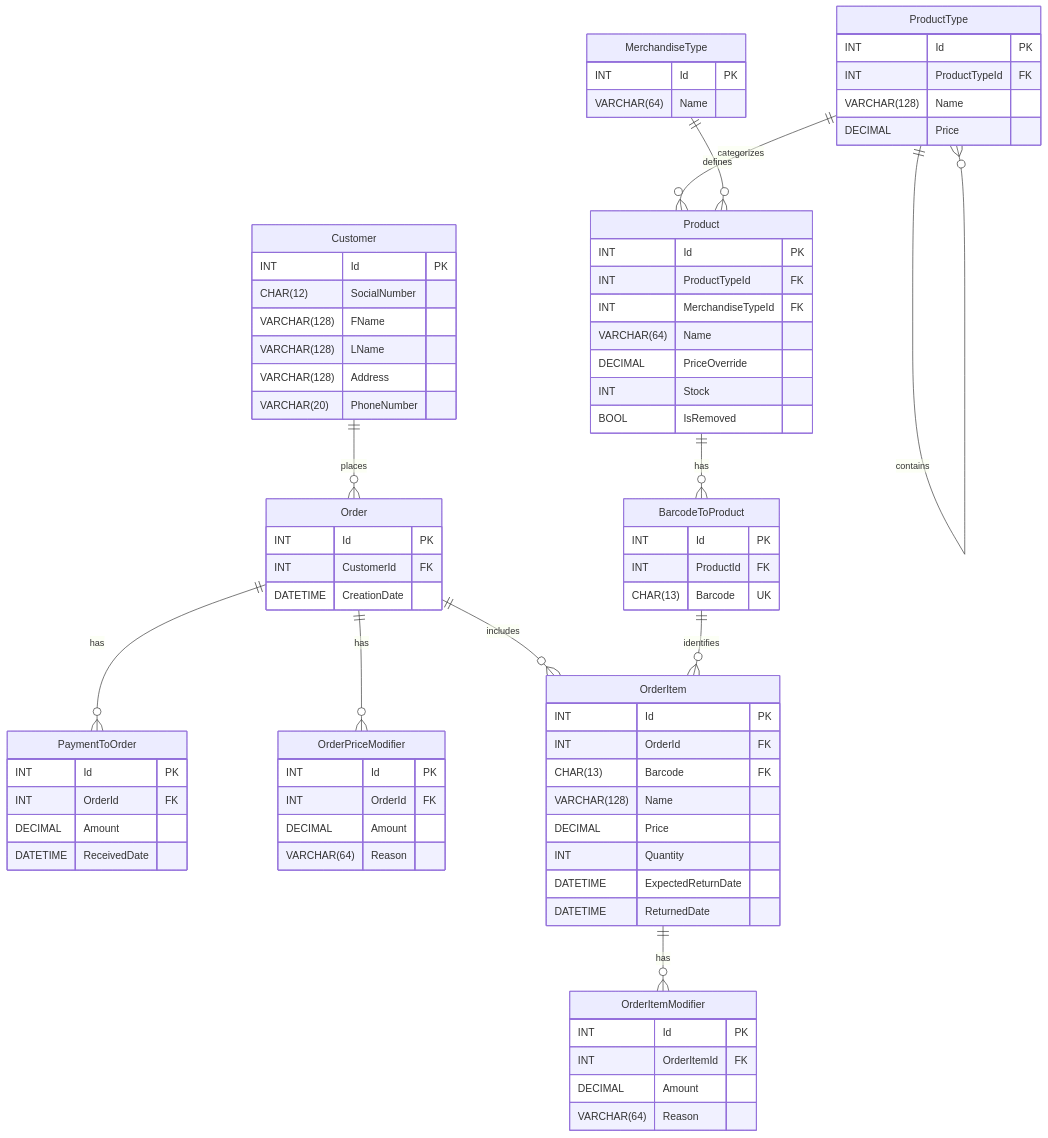
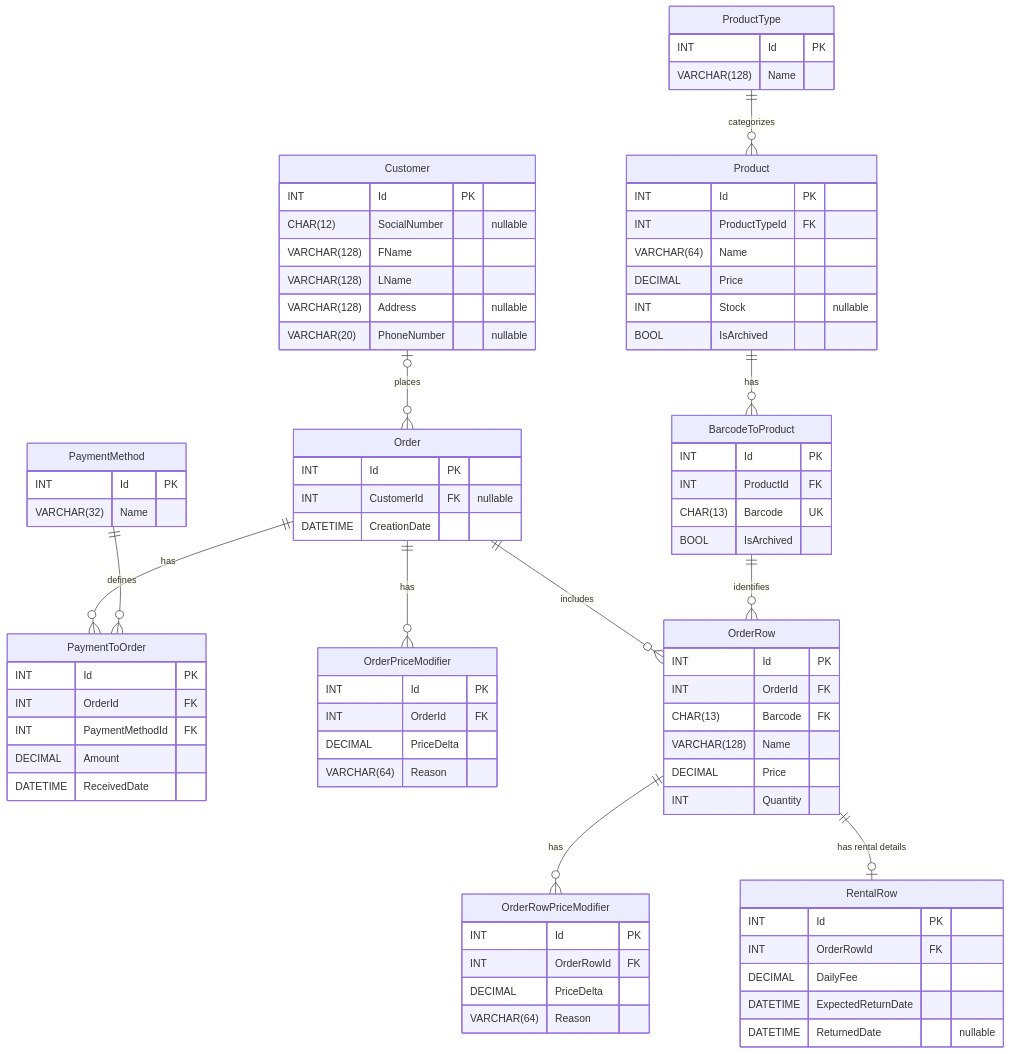
The first of 3 diagrams in README.md (Markus-Lundgren/Utemorgon), drawn with Mermaid before and after one commit. The commit also changed other lines of this file, not shown here.

````diff
--- a/README.md
+++ b/README.md
@@ -39,88 +78,93 @@
 ```mermaid
 erDiagram
-    Customer ||--o{ Order : places
-    ProductType ||--o{ ProductType : contains
+    Customer o|--o{ Order : places
     ProductType ||--o{ Product : categorizes
-	MerchandiseType ||--o{ Product : defines
     Product ||--o{ BarcodeToProduct : has
     Order ||--o{ PaymentToOrder : has
     Order ||--o{ OrderPriceModifier : has
-    Order ||--o{ OrderItem : includes
-    BarcodeToProduct ||--o{ OrderItem : identifies
-    OrderItem ||--o{ OrderItemModifier : has
+    Order ||--o{ OrderRow : includes
+    BarcodeToProduct ||--o{ OrderRow : identifies
+    OrderRow ||--o{ OrderRowPriceModifier : has
+    OrderRow ||--o| RentalRow : "has rental details"
+    PaymentMethod ||--o{ PaymentToOrder : defines
 
     Customer {
         INT Id PK
-        CHAR(12) SocialNumber
+        CHAR(12) SocialNumber "nullable"
         VARCHAR(128) FName
         VARCHAR(128) LName
-        VARCHAR(128) Address
-        VARCHAR(20) PhoneNumber
+        VARCHAR(128) Address "nullable"
+        VARCHAR(20) PhoneNumber "nullable"
     }
 
     ProductType {
         INT Id PK
-        INT ProductTypeId FK
         VARCHAR(128) Name
-        DECIMAL Price
     }
-
-	MerchandiseType {
-		INT Id PK
-		VARCHAR(64) Name
-	}
 
     Product {
         INT Id PK
         INT ProductTypeId FK
-		INT MerchandiseTypeId FK
         VARCHAR(64) Name
-        DECIMAL PriceOverride
-        INT Stock
-        BOOL IsRemoved
+        DECIMAL Price
+        INT Stock "nullable"
+        BOOL IsArchived
+    }
+
+    BarcodeToProduct {
+        INT Id PK
+        INT ProductId FK
+        CHAR(13) Barcode UK
+        BOOL IsArchived
     }
 
     Order {
         INT Id PK
-        INT CustomerId FK
+        INT CustomerId FK "nullable"
         DATETIME CreationDate
     }
 
     PaymentToOrder {
         INT Id PK
         INT OrderId FK
+        INT PaymentMethodId FK
         DECIMAL Amount
         DATETIME ReceivedDate
+    }
+
+    PaymentMethod {
+        INT Id PK
+        VARCHAR(32) Name
     }
 
     OrderPriceModifier {
         INT Id PK
         INT OrderId FK
-        DECIMAL Amount
+        DECIMAL PriceDelta
         VARCHAR(64) Reason
     }
 
-    BarcodeToProduct {
-        INT Id PK
-        INT ProductId FK
-        CHAR(13) Barcode UK
-    }
-
-    OrderItem {
+    OrderRow {
         INT Id PK
         INT OrderId FK
         CHAR(13) Barcode FK
         VARCHAR(128) Name
         DECIMAL Price
         INT Quantity
-        DATETIME ExpectedReturnDate
-        DATETIME ReturnedDate
     }
 
-    OrderItemModifier {
+    RentalRow {
         INT Id PK
-        INT OrderItemId FK
-        DECIMAL Amount
+        INT OrderRowId FK
+        DECIMAL DailyFee
+        DATETIME ExpectedReturnDate
+        DATETIME ReturnedDate "nullable"
+    }
+
+    OrderRowPriceModifier {
+        INT Id PK
+        INT OrderRowId FK
+        DECIMAL PriceDelta
         VARCHAR(64) Reason
     }
 ```
````
